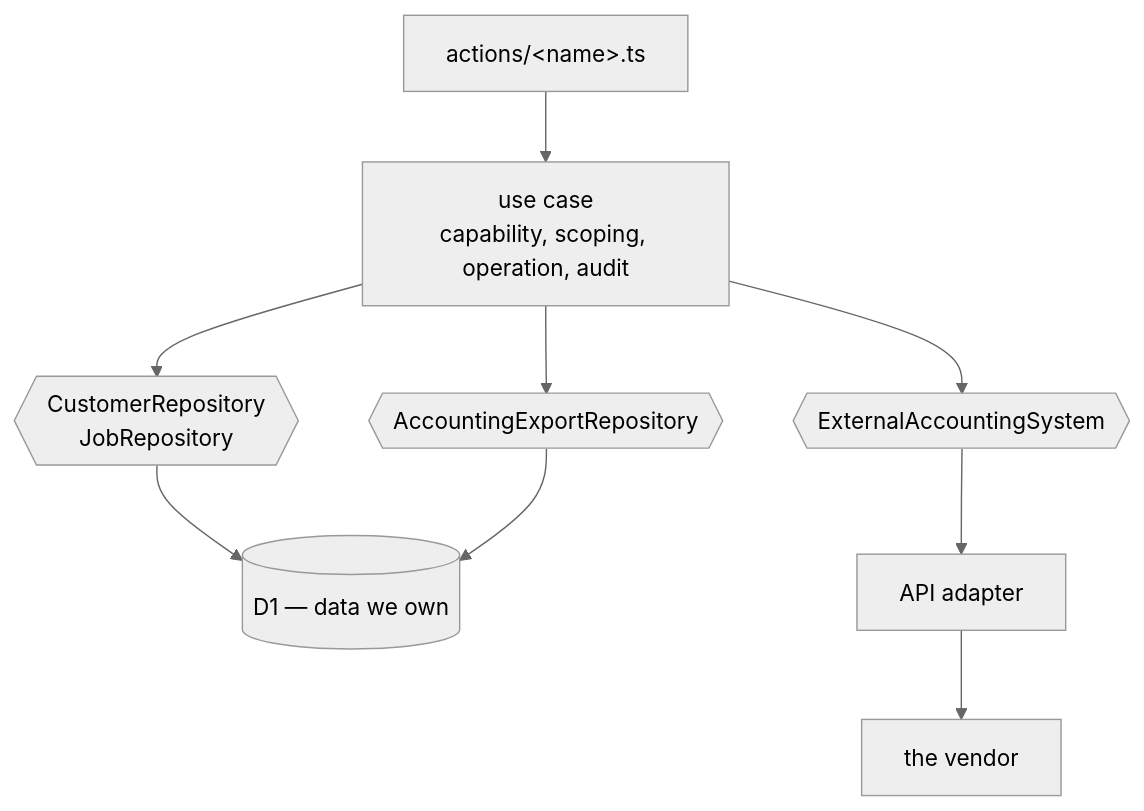
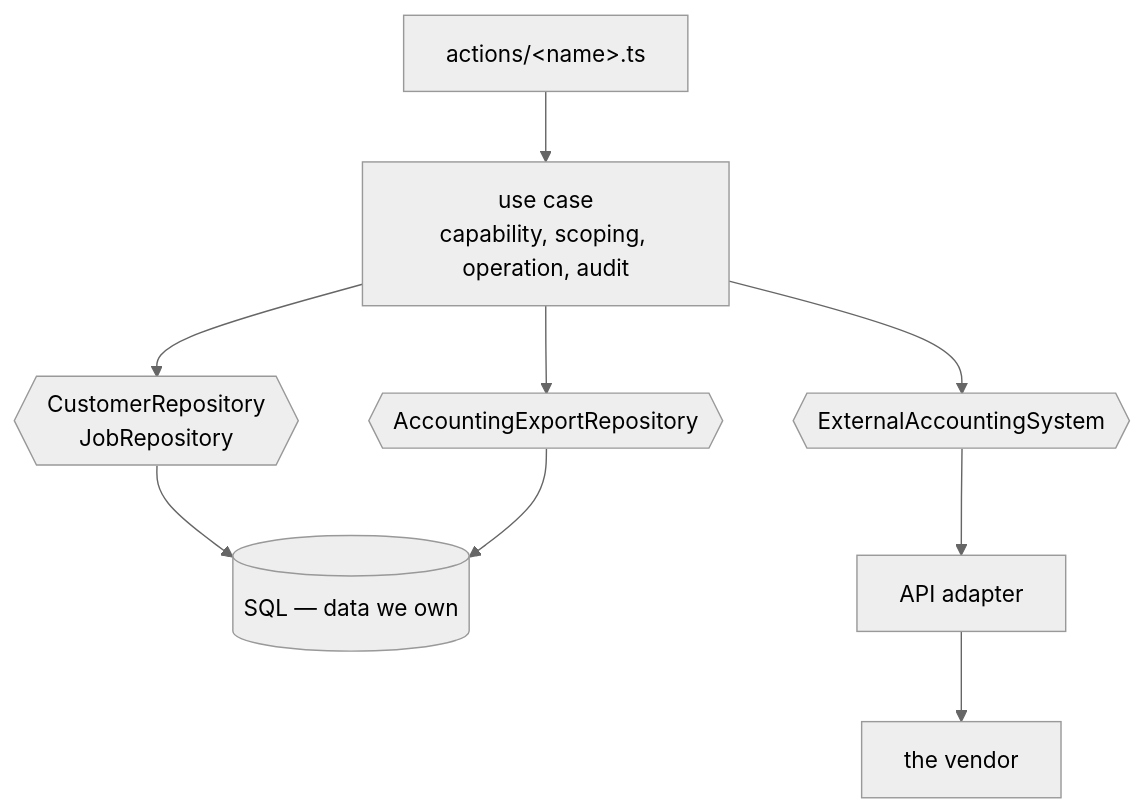
Before and after one commit to anbergem/seating-arrangement: the first of 2 diagrams in docs/integrations.md, drawn with Mermaid (neutral theme). The commit also changed other lines of this file and 102 other files, not shown here.

````diff
--- a/docs/integrations.md
+++ b/docs/integrations.md
@@ -48,10 +48,10 @@
 ```mermaid
 flowchart TB
   ACT["actions/&lt;name&gt;.ts"] --> UC["use case<br/>capability, scoping, operation, audit"]
   UC --> P1{{"CustomerRepository<br/>JobRepository"}}
   UC --> P2{{"ExternalAccountingSystem"}}
   UC --> P3{{"AccountingExportRepository"}}
-  P1 --> D1[("D1 — data we own")]
-  P3 --> D1
+  P1 --> DB[("SQL — data we own")]
+  P3 --> DB
   P2 --> ADP["API adapter"] --> V["the vendor"]
 ```
````
